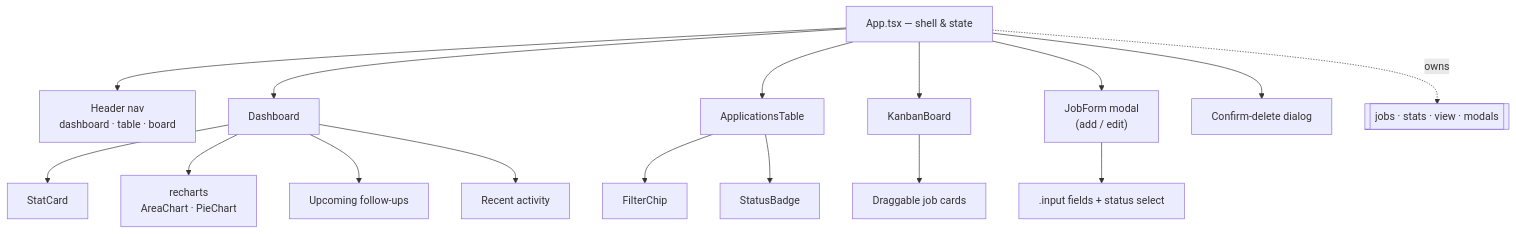
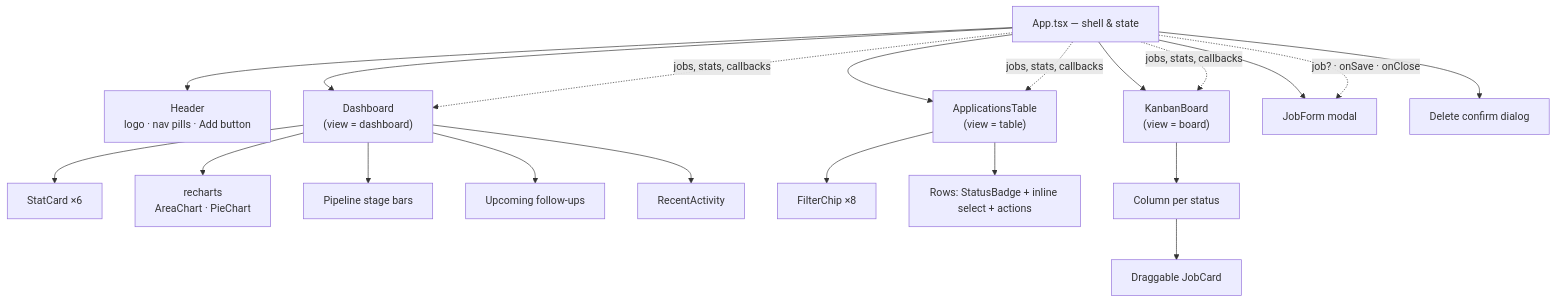
The seventh of 14 diagrams in ARCHITECTURE.md (CharlieJamesGwapo/jobflow), drawn with Mermaid before and after one commit. The commit also changed other lines of this file, not shown here.

Commit message:
Expand ARCHITECTURE.md: 15 sections, 11 mermaid diagrams, decisions log

````diff
--- a/ARCHITECTURE.md
+++ b/ARCHITECTURE.md
@@ -66,21 +195,24 @@
 ```mermaid
 flowchart TD
     App["App.tsx — shell & state"]
-    App --> NAV[Header nav<br/>dashboard · table · board]
-    App --> Dashboard
-    App --> ApplicationsTable
-    App --> KanbanBoard
-    App --> JobForm["JobForm modal<br/>(add / edit)"]
-    App --> DeleteDlg[Confirm-delete dialog]
+    App --> NAV["Header<br/>logo · nav pills · Add button"]
+    App --> DASH["Dashboard<br/>(view = dashboard)"]
+    App --> TBL["ApplicationsTable<br/>(view = table)"]
+    App --> KB["KanbanBoard<br/>(view = board)"]
+    App --> FORM["JobForm modal"]
+    App --> DEL["Delete confirm dialog"]
 
-    Dashboard --> StatCard
-    Dashboard --> Charts["recharts<br/>AreaChart · PieChart"]
-    Dashboard --> FollowUps[Upcoming follow-ups]
-    Dashboard --> Activity[Recent activity]
+    DASH --> SC["StatCard ×6"]
+    DASH --> RC["recharts<br/>AreaChart · PieChart"]
+    DASH --> FUN["Pipeline stage bars"]
+    DASH --> FUP["Upcoming follow-ups"]
+    DASH --> ACT["RecentActivity"]
 
-    ApplicationsTable --> FilterChip & StatusBadge
-    KanbanBoard --> JobCard[Draggable job cards]
-    JobForm --> Inputs[".input fields + status select"]
+    TBL --> CHIPS["FilterChip ×8"]
+    TBL --> ROWS["Rows: StatusBadge + inline select + actions"]
+    KB --> COL["Column per status"]
+    COL --> CARD["Draggable JobCard"]
 
-    App -. "owns" .-> State[["jobs · stats · view · modals"]]
+    App -.->|"jobs, stats, callbacks"| DASH & TBL & KB
+    App -.->|"job? · onSave · onClose"| FORM
 ```
````
